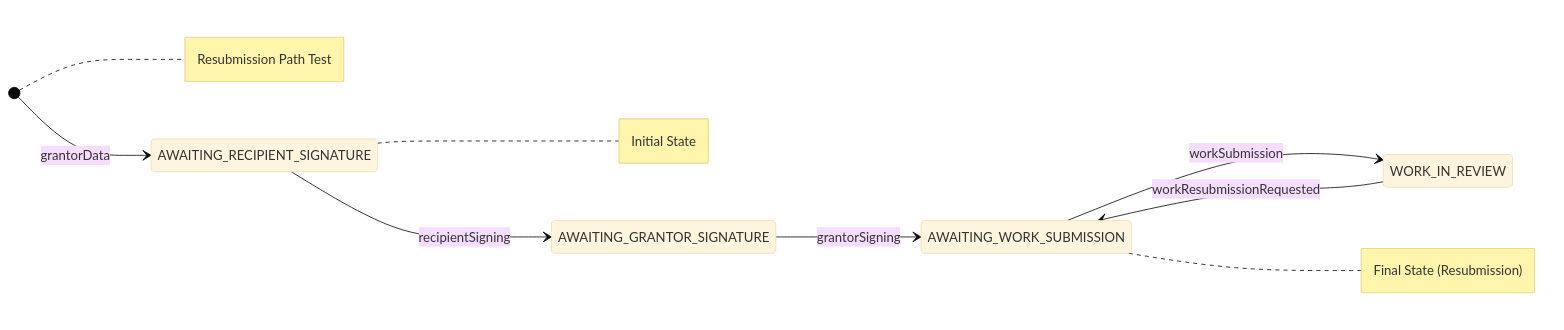
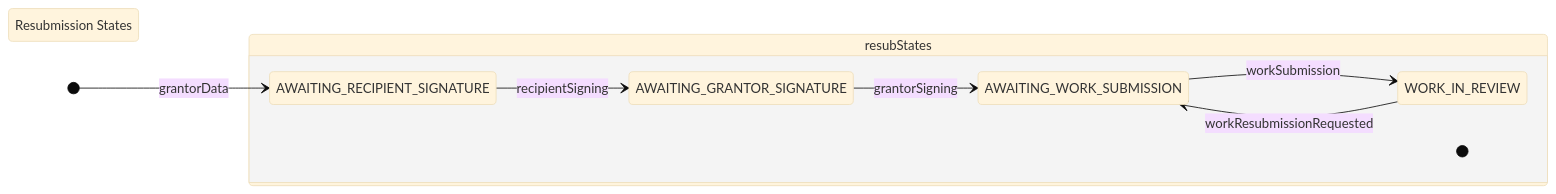
Before and after one commit to Consensys-Network-State/signet-execution-prototype: the second of 5 diagrams in lua-actor/src/dfsm-with-tx.md, drawn with Mermaid (base theme). The commit also changed other lines of this file, not shown here.

````diff
--- a/lua-actor/src/dfsm-with-tx.md
+++ b/lua-actor/src/dfsm-with-tx.md
@@ -23,13 +32,21 @@
 ```mermaid
 stateDiagram-v2
     direction LR
+    
+    state "Resubmission States" as resubStates #LightGreen
+    
     [*] --> AWAITING_RECIPIENT_SIGNATURE: grantorData
     AWAITING_RECIPIENT_SIGNATURE --> AWAITING_GRANTOR_SIGNATURE: recipientSigning
     AWAITING_GRANTOR_SIGNATURE --> AWAITING_WORK_SUBMISSION: grantorSigning
     AWAITING_WORK_SUBMISSION --> WORK_IN_REVIEW: workSubmission
     WORK_IN_REVIEW --> AWAITING_WORK_SUBMISSION: workResubmissionRequested
     
-    note right of [*]: Resubmission Path Test
-    note right of AWAITING_RECIPIENT_SIGNATURE: Initial State
-    note right of AWAITING_WORK_SUBMISSION: Final State (Resubmission)
+    state resubStates {
+        [*]
+        AWAITING_RECIPIENT_SIGNATURE
+        AWAITING_GRANTOR_SIGNATURE
+        AWAITING_WORK_SUBMISSION
+        WORK_IN_REVIEW
+        AWAITING_WORK_SUBMISSION
+    }
 ```
````
